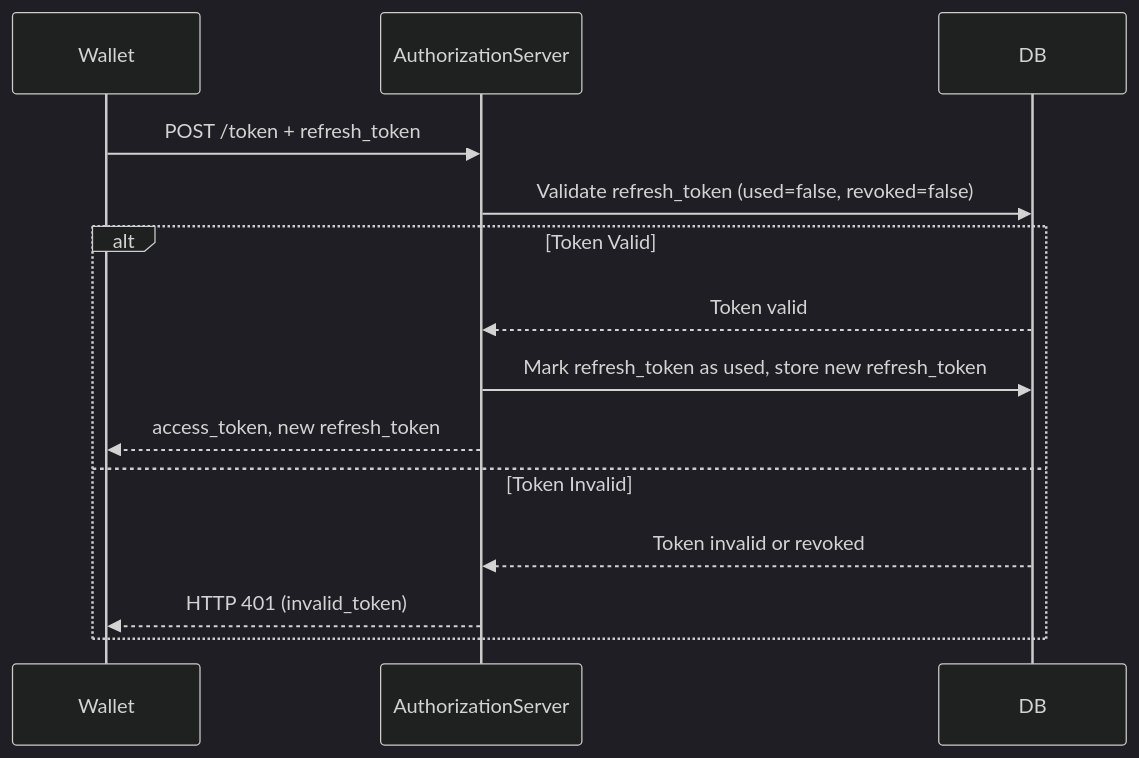
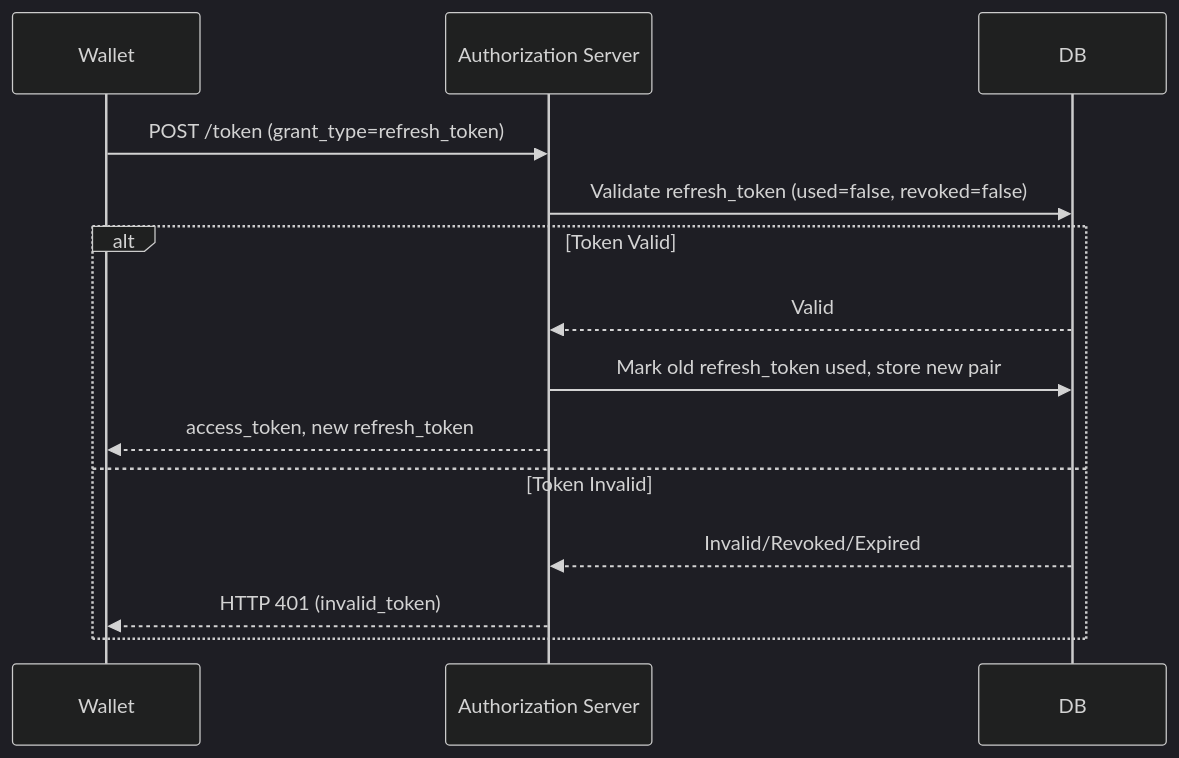
Before and after one commit to weiiv/di-auth-server: the third of 7 diagrams in README.md, drawn with Mermaid (dark theme). The commit also changed other lines of this file, not shown here.

Commit message:
evert attestation checking from credeintal server back to auth server

````diff
--- a/README.md
+++ b/README.md
@@ -202,16 +179,17 @@
 ```mermaid
 sequenceDiagram
   participant Wallet
-  participant AuthorizationServer
+  participant AuthorizationServer as Authorization Server
   participant DB
-  Wallet->>AuthorizationServer: POST /token + refresh_token
+
+  Wallet->>AuthorizationServer: POST /token (grant_type=refresh_token)
   AuthorizationServer->>DB: Validate refresh_token (used=false, revoked=false)
   alt Token Valid
-    DB-->>AuthorizationServer: Token valid
-    AuthorizationServer->>DB: Mark refresh_token as used, store new refresh_token
+    DB-->>AuthorizationServer: Valid
+    AuthorizationServer->>DB: Mark old refresh_token used, store new pair
     AuthorizationServer-->>Wallet: access_token, new refresh_token
   else Token Invalid
-    DB-->>AuthorizationServer: Token invalid or revoked
+    DB-->>AuthorizationServer: Invalid/Revoked/Expired
     AuthorizationServer-->>Wallet: HTTP 401 (invalid_token)
   end
 ```
````
